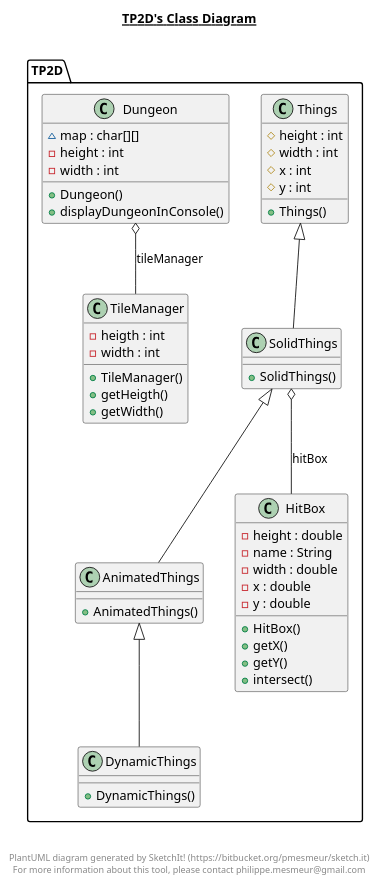
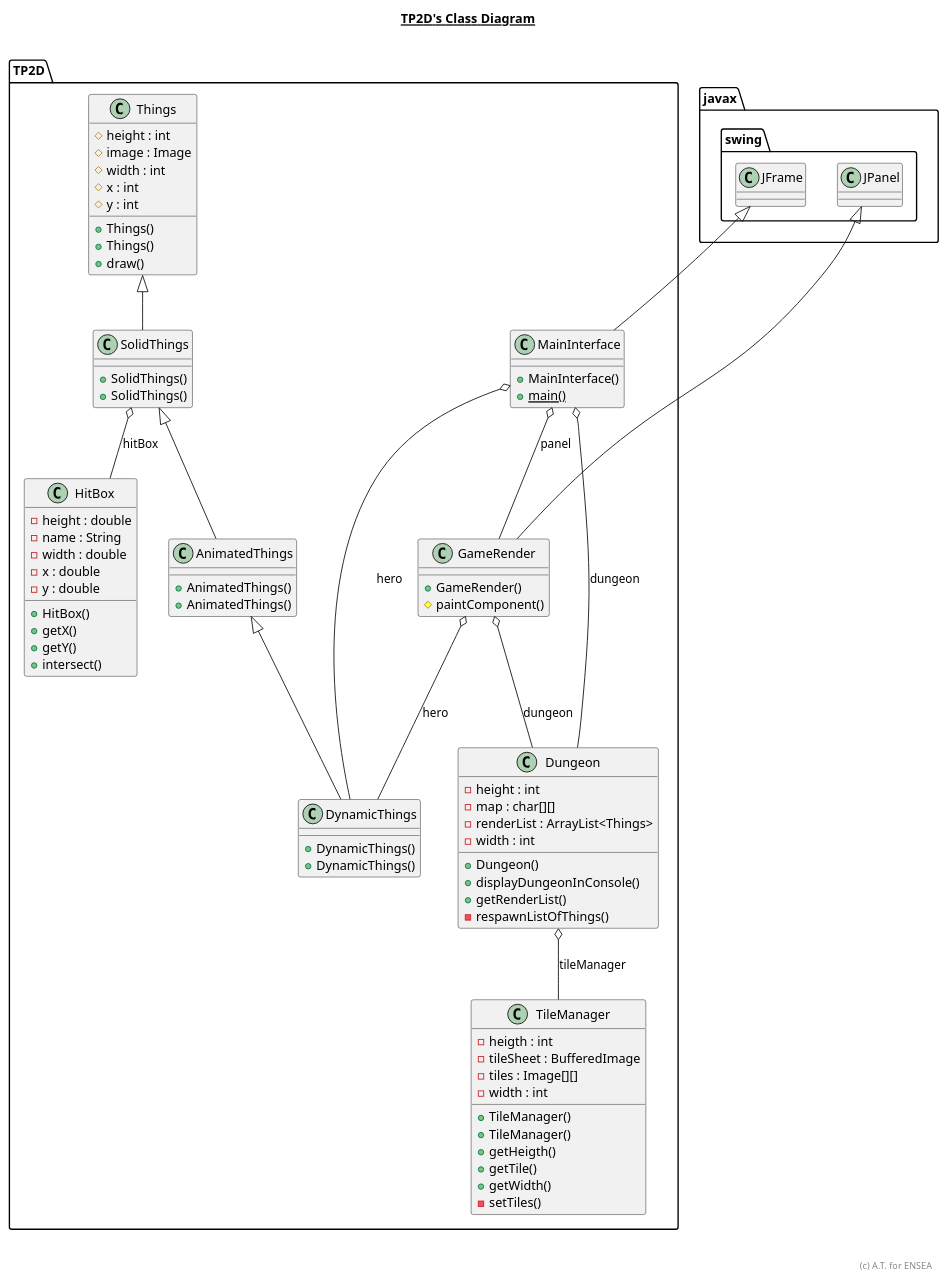
The diagram in src/TP2D/TP2D.plantuml (antoineTauvelENSEA/Whatever2D), drawn with PlantUML before and after one commit. The commit also changed 12 other files, not shown here.

```diff
--- a/src/TP2D/TP2D.plantuml
+++ b/src/TP2D/TP2D.plantuml
@@ -1,82 +1,126 @@
 @startuml
 
 title __TP2D's Class Diagram__\n
 
-
+    namespace TP2D {
       class TP2D.AnimatedThings {
           + AnimatedThings()
+          + AnimatedThings()
       }
+    }
 
   
 
+    namespace TP2D {
       class TP2D.Dungeon {
-          ~ map : char[][]
           - height : int
+          - map : char[][]
+          - renderList : ArrayList<Things>
           - width : int
           + Dungeon()
           + displayDungeonInConsole()
+          + getRenderList()
+          - respawnListOfThings()
       }
+    }
 
   
 
-
+    namespace TP2D {
       class TP2D.DynamicThings {
           + DynamicThings()
+          + DynamicThings()
       }
+    }
+  
 
+    namespace TP2D {
+      class TP2D.GameRender {
+          + GameRender()
+          # paintComponent()
+      }
+    }
+  
 
-
+    namespace TP2D {
       class TP2D.HitBox {
           - height : double
           - name : String
           - width : double
           - x : double
           - y : double
           + HitBox()
           + getX()
           + getY()
           + intersect()
       }
-
+    }
   
 
+    namespace TP2D {
+      class TP2D.MainInterface {
+          + MainInterface()
+          {static} + main()
+      }
+    }
+  
+
+    namespace TP2D {
       class TP2D.SolidThings {
           + SolidThings()
+          + SolidThings()
       }
-
+    }
   
 
-
+    namespace TP2D {
       class TP2D.Things {
           # height : int
+          # image : Image
           # width : int
           # x : int
           # y : int
           + Things()
+          + Things()
+          + draw()
       }
+    }
+  
 
+    namespace TP2D {
       class TP2D.TileManager {
           - heigth : int
+          - tileSheet : BufferedImage
+          - tiles : Image[][]
           - width : int
           + TileManager()
+          + TileManager()
           + getHeigth()
+          + getTile()
           + getWidth()
+          - setTiles()
       }
-
+    }
   
 
   TP2D.AnimatedThings -up-|> TP2D.SolidThings
   TP2D.Dungeon o-- TP2D.TileManager : tileManager
   TP2D.DynamicThings -up-|> TP2D.AnimatedThings
+  TP2D.GameRender -up-|> javax.swing.JPanel
+  TP2D.GameRender o-- TP2D.Dungeon : dungeon
+  TP2D.GameRender o-- TP2D.DynamicThings : hero
+  TP2D.MainInterface -up-|> javax.swing.JFrame
+  TP2D.MainInterface o-- TP2D.Dungeon : dungeon
+  TP2D.MainInterface o-- TP2D.DynamicThings : hero
+  TP2D.MainInterface o-- TP2D.GameRender : panel
   TP2D.SolidThings -up-|> TP2D.Things
   TP2D.SolidThings o-- TP2D.HitBox : hitBox
 
 
 right footer
 
 
-PlantUML diagram generated by SketchIt! (https://bitbucket.org/pmesmeur/sketch.it)
-For more information about this tool, please contact philippe.mesmeur@gmail.com
+(c) A.T. for ENSEA
 endfooter
 
 @enduml
```
